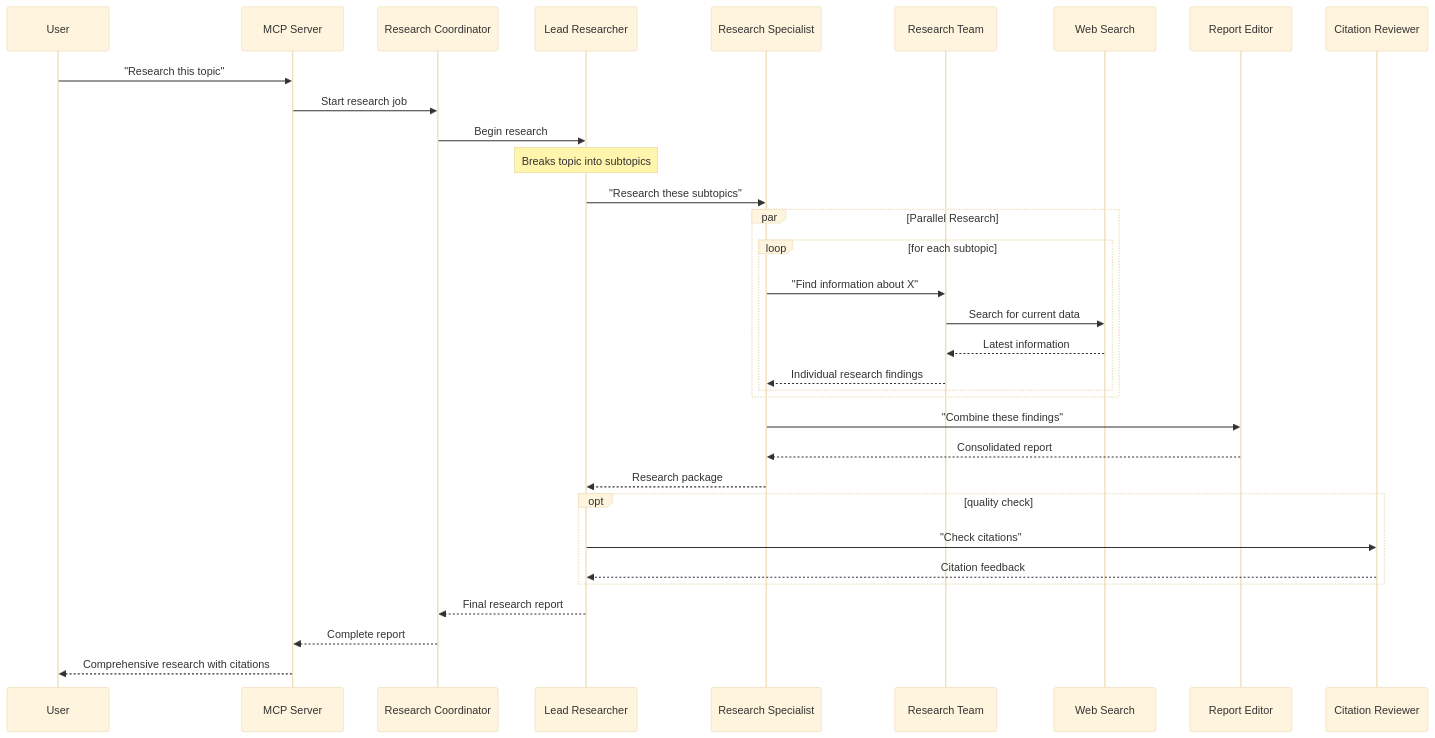
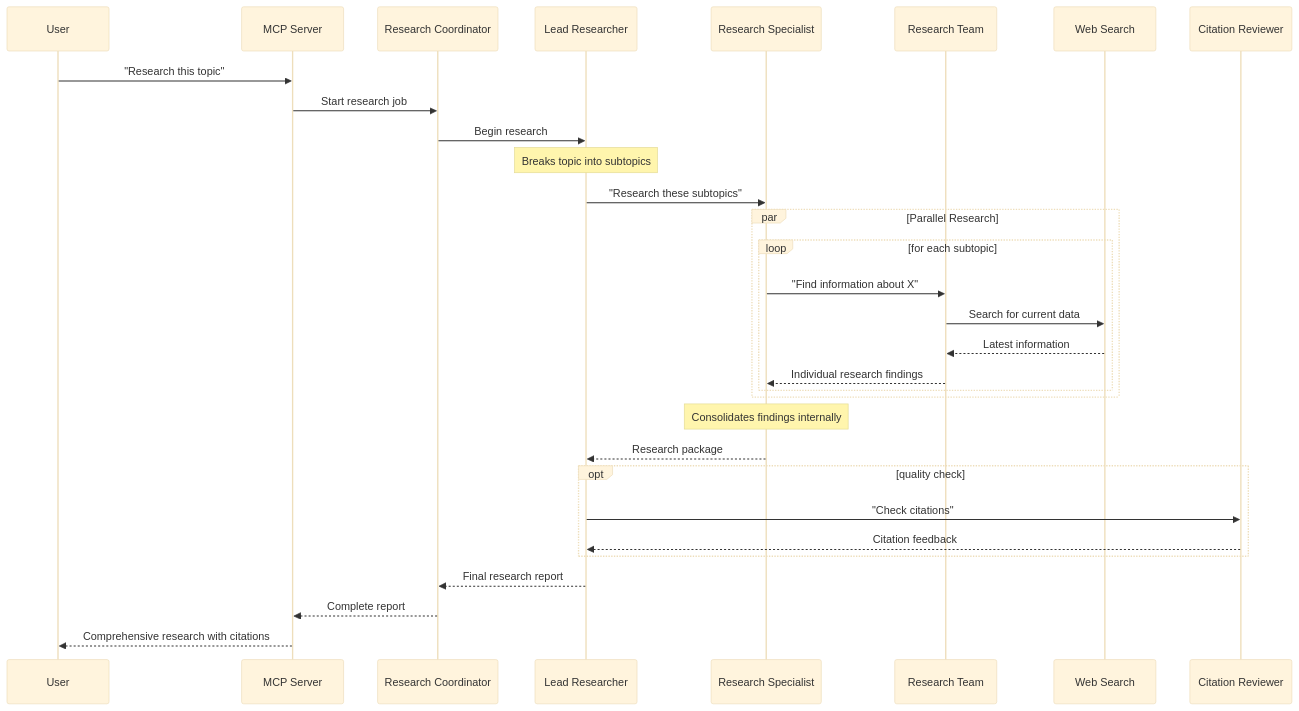
One commit to karashiiro/research-mcp changed the diagram in README.md. Above: the diagram before and after it, drawn with Mermaid (base theme).

Commit message:
Simplify further

````diff
--- a/README.md
+++ b/README.md
@@ -88,44 +88,42 @@
 ```mermaid
 sequenceDiagram
     participant User as User
     participant MCP as MCP Server
     participant Coordinator as Research Coordinator
     participant Lead as Lead Researcher
     participant Specialist as Research Specialist
     participant Researchers as Research Team
     participant Web as Web Search
-    participant Editor as Report Editor
     participant Reviewer as Citation Reviewer
 
     User->>MCP: "Research this topic"
     MCP->>Coordinator: Start research job
     
     Coordinator->>Lead: Begin research
     Note over Lead: Breaks topic into subtopics
     
     Lead->>Specialist: "Research these subtopics"
     
     par Parallel Research
         loop for each subtopic
             Specialist->>Researchers: "Find information about X"
             Researchers->>Web: Search for current data
             Web-->>Researchers: Latest information
             Researchers-->>Specialist: Individual research findings
         end
     end
     
-    Specialist->>Editor: "Combine these findings"
-    Editor-->>Specialist: Consolidated report
+    Note over Specialist: Consolidates findings internally
     
     Specialist-->>Lead: Research package
     
     opt quality check
         Lead->>Reviewer: "Check citations"
         Reviewer-->>Lead: Citation feedback
     end
     
     Lead-->>Coordinator: Final research report
     
     Coordinator-->>MCP: Complete report
     MCP-->>User: Comprehensive research with citations
 ```
````
